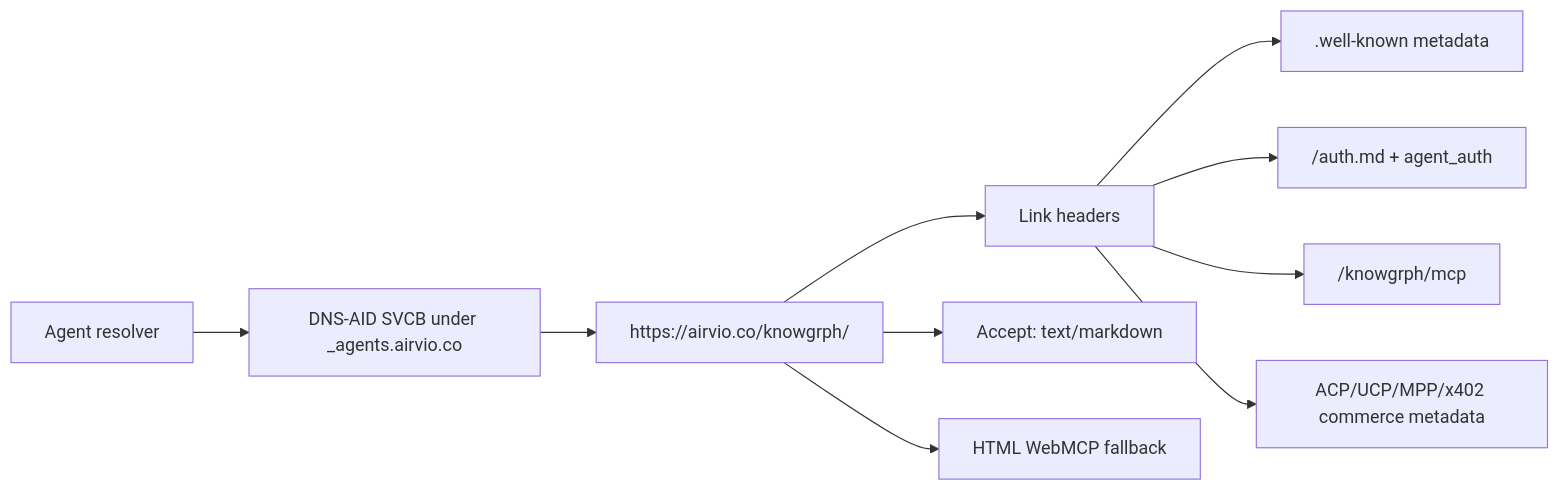
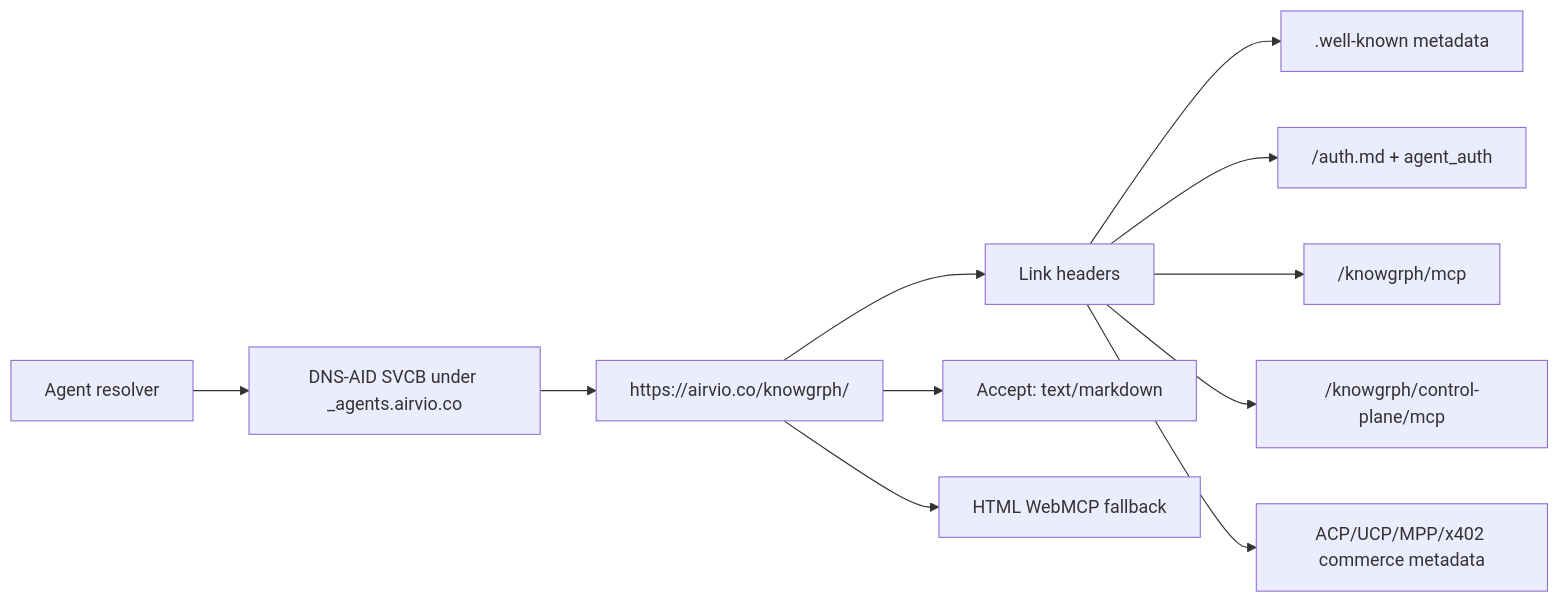
Before and after one commit to huijoohwee/knowgrph: the third of 5 diagrams in docs/documents/knowgrph-agent-ready-document.md, drawn with Mermaid. The commit also changed other lines of this file and 19 other files, not shown here.

Commit message:
feat: refine video sequence timeline ruler release

````diff
--- a/docs/documents/knowgrph-agent-ready-document.md
+++ b/docs/documents/knowgrph-agent-ready-document.md
@@ -213,12 +266,13 @@
 ```mermaid
 flowchart LR
   Resolver["Agent resolver"] --> DNS["DNS-AID SVCB under _agents.airvio.co"]
   DNS --> Home["https://airvio.co/knowgrph/"]
   Home --> Links["Link headers"]
   Home --> Markdown["Accept: text/markdown"]
   Links --> WellKnown[".well-known metadata"]
   Links --> Auth["/auth.md + agent_auth"]
   Links --> MCP["/knowgrph/mcp"]
+  Links --> ControlPlane["/knowgrph/control-plane/mcp"]
   Links --> Commerce["ACP/UCP/MPP/x402 commerce metadata"]
   Home --> WebMCP["HTML WebMCP fallback"]
 ```
````
